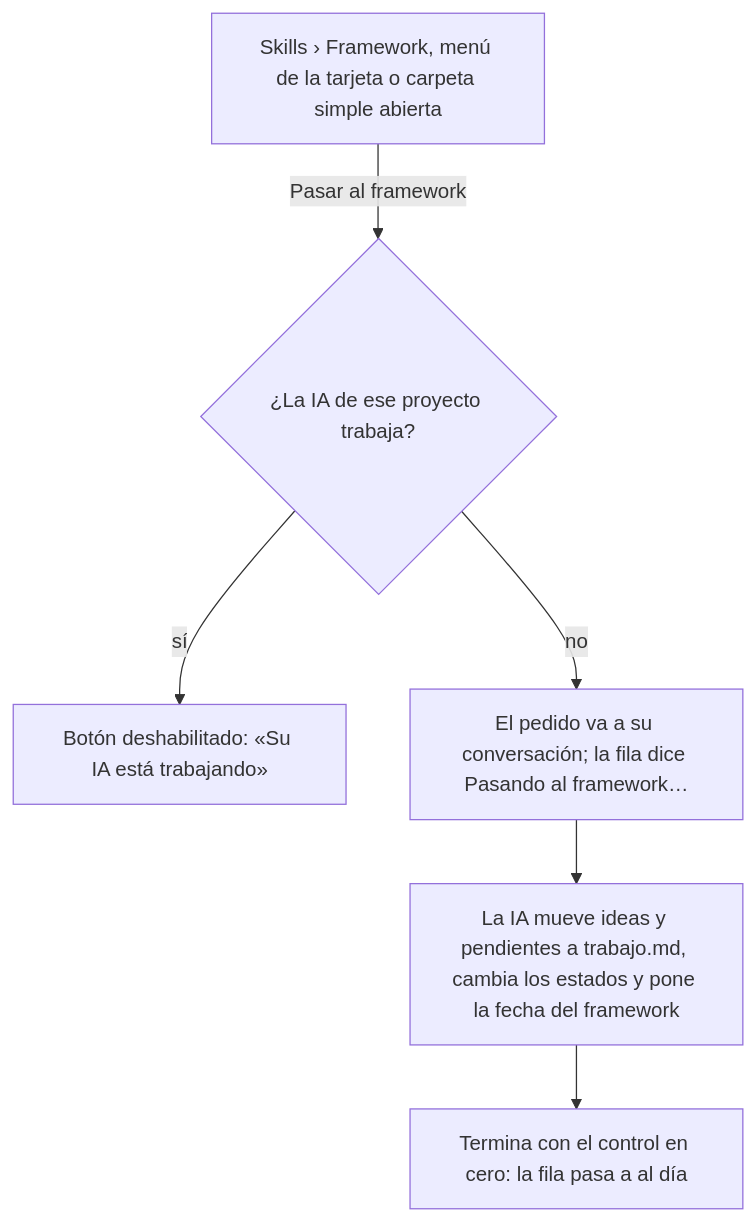
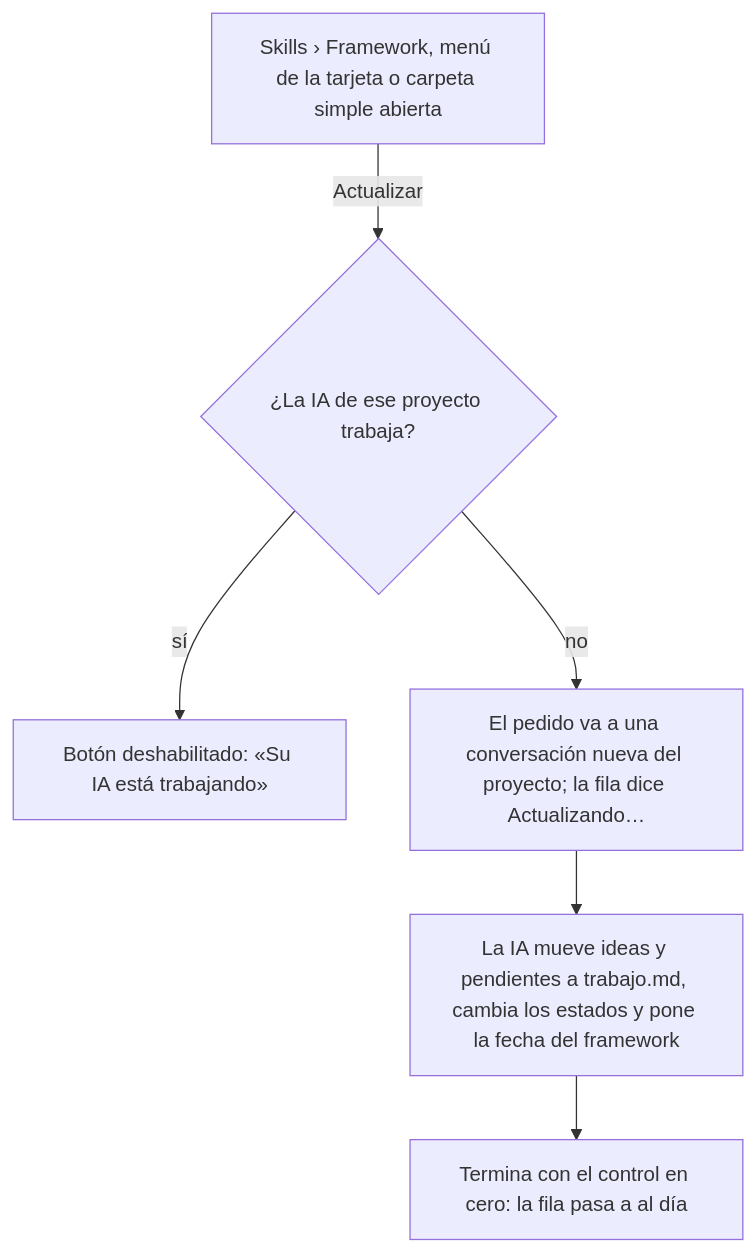
One commit to LlanosLautaro/Iridium changed the ninth of 9 diagrams in docs/04-ux.md. Above: the diagram before and after it, drawn with Mermaid. The commit also changed other lines of this file and 12 other files, not shown here.

````diff
--- a/docs/04-ux.md
+++ b/docs/04-ux.md
@@ -297,8 +297,8 @@
 ```mermaid
 flowchart TD
-  A[Skills › Framework, menú de la tarjeta o carpeta simple abierta] -->|Pasar al framework| B{¿La IA de ese proyecto trabaja?}
+  A[Skills › Framework, menú de la tarjeta o carpeta simple abierta] -->|Actualizar| B{¿La IA de ese proyecto trabaja?}
   B -->|sí| C[Botón deshabilitado: «Su IA está trabajando»]
-  B -->|no| D[El pedido va a su conversación; la fila dice Pasando al framework…]
+  B -->|no| D[El pedido va a una conversación nueva del proyecto; la fila dice Actualizando…]
   D --> E[La IA mueve ideas y pendientes a trabajo.md, cambia los estados y pone la fecha del framework]
   E --> F[Termina con el control en cero: la fila pasa a al día]
 ```
````
